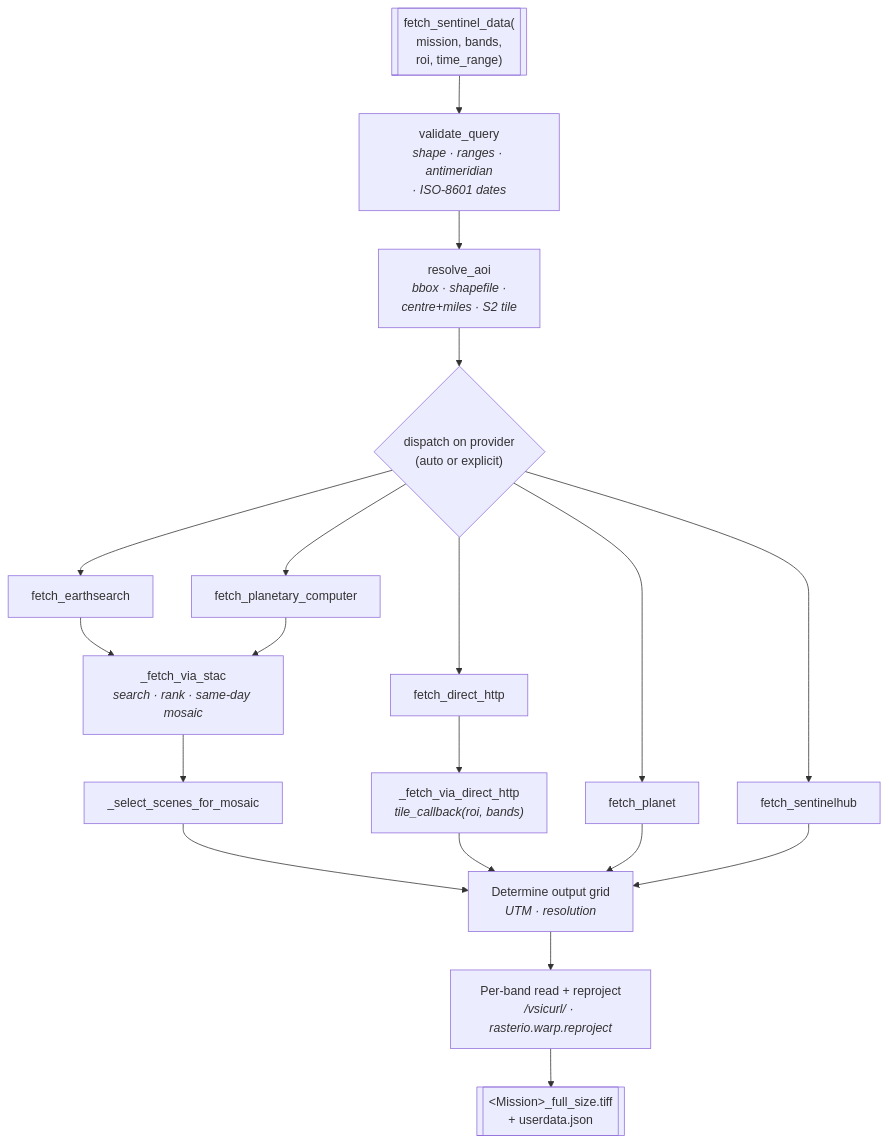
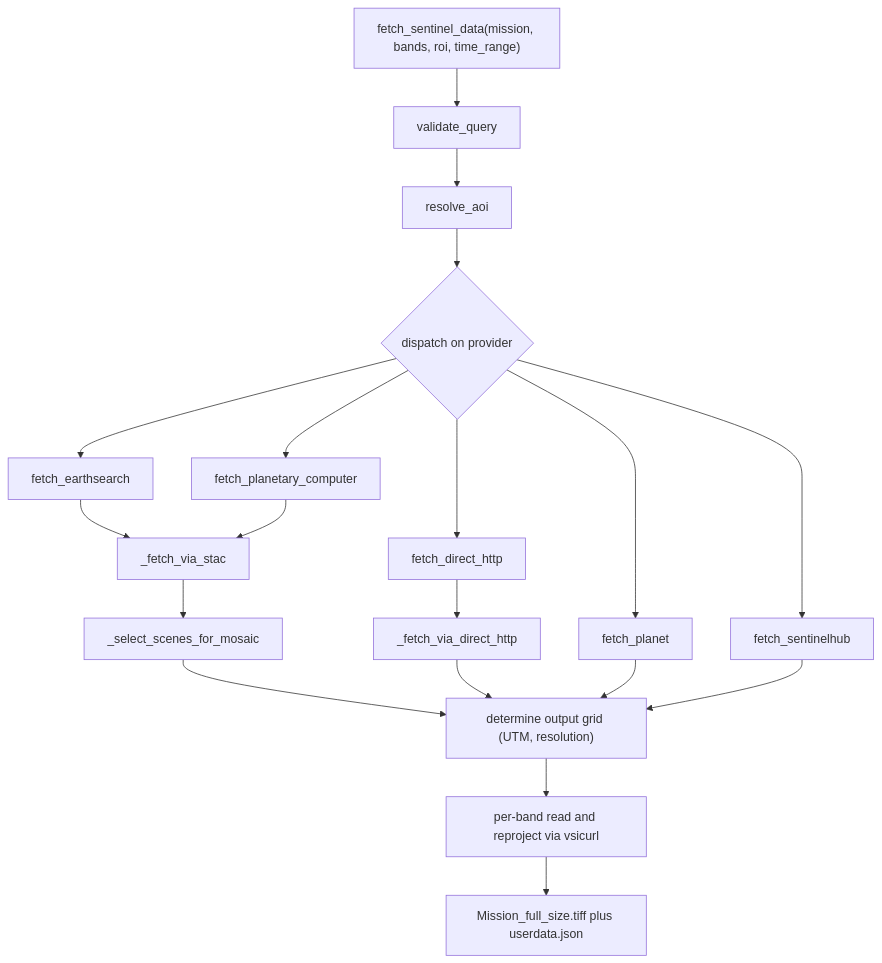
Before and after one commit to buckai-observatory/geoai-datacubes: the first of 2 diagrams in docs/architecture.md, drawn with Mermaid. The commit also changed other lines of this file, not shown here.

First line of the commit message:
docs(architecture): strip HTML from mermaid nodes so it renders (#25)

````diff
--- a/docs/architecture.md
+++ b/docs/architecture.md
@@ -16,33 +16,30 @@
 ```mermaid
 flowchart TD
-    U[["fetch_sentinel_data(<br/>mission, bands,<br/>roi, time_range)"]]
-    V["validate_query<br/><i>shape · ranges · antimeridian<br/>· ISO-8601 dates</i>"]
-    RES["resolve_aoi<br/><i>bbox · shapefile ·<br/>centre+miles · S2 tile</i>"]
-    D{"dispatch on provider<br/>(auto or explicit)"}
-
+    U["fetch_sentinel_data(mission, bands, roi, time_range)"]
+    V["validate_query"]
+    RES["resolve_aoi"]
+    D{"dispatch on provider"}
     ES["fetch_earthsearch"]
     PC["fetch_planetary_computer"]
     PL["fetch_planet"]
     SH["fetch_sentinelhub"]
     DH["fetch_direct_http"]
-
-    STAC["_fetch_via_stac<br/><i>search · rank · same-day mosaic</i>"]
+    STAC["_fetch_via_stac"]
     SEL["_select_scenes_for_mosaic"]
-    TILE["_fetch_via_direct_http<br/><i>tile_callback(roi, bands)</i>"]
-
-    GRID["Determine output grid<br/><i>UTM · resolution</i>"]
-    READ["Per-band read + reproject<br/><i>/vsicurl/ · rasterio.warp.reproject</i>"]
-    OUT[["&lt;Mission&gt;_full_size.tiff<br/>+ userdata.json"]]
+    TILE["_fetch_via_direct_http"]
+    GRID["determine output grid (UTM, resolution)"]
+    READ["per-band read and reproject via vsicurl"]
+    OUT["Mission_full_size.tiff plus userdata.json"]
 
     U --> V --> RES --> D
     D --> ES --> STAC
     D --> PC --> STAC
     D --> PL
     D --> SH
     D --> DH --> TILE
     STAC --> SEL --> GRID
     TILE --> GRID
     PL --> GRID
     SH --> GRID
     GRID --> READ --> OUT
 ```
````
